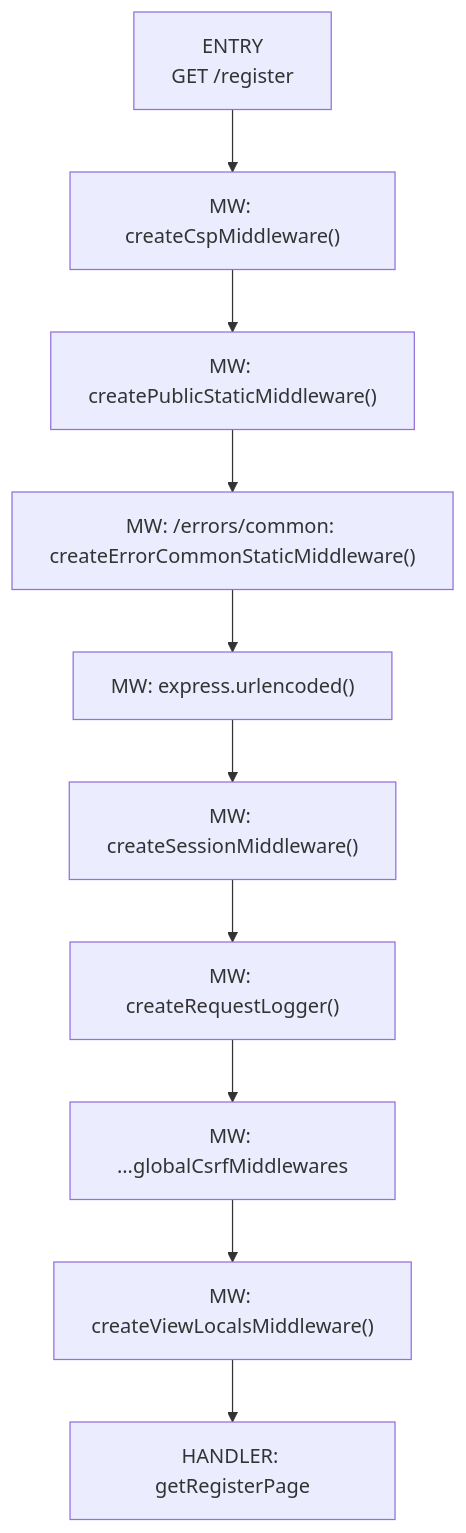
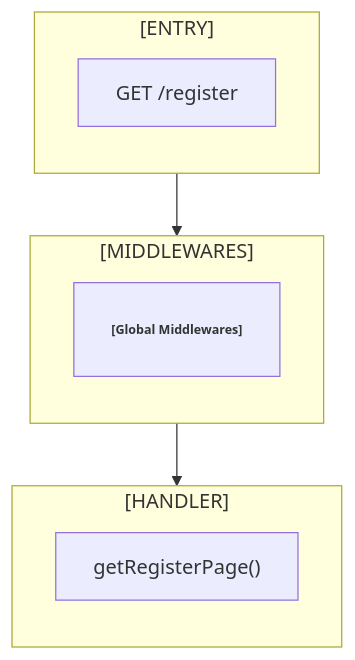
The diagram in docs/flowmap/flows/GET__register.mmd (irondenker/my-code-my-kill), drawn with Mermaid before and after one commit. The commit also changed 93 other files, not shown here.

Commit message:
📚 Docs: Regenerate flowmap artifacts for updated endpoint maps

```diff
--- a/docs/flowmap/flows/GET__register.mmd
+++ b/docs/flowmap/flows/GET__register.mmd
@@ -1,13 +1,20 @@
 flowchart TD
-ENTRY["ENTRY\nGET /register"]
-ENTRY --> MW1["MW: createCspMiddleware()"]
-MW1 --> MW2["MW: createPublicStaticMiddleware()"]
-MW2 --> MW3["MW: /errors/common: createErrorCommonStaticMiddleware()"]
-MW3 --> MW4["MW: express.urlencoded()"]
-MW4 --> MW5["MW: createSessionMiddleware()"]
-MW5 --> MW6["MW: createRequestLogger()"]
-MW6 --> MW7["MW: ...globalCsrfMiddlewares"]
-MW7 --> MW8["MW: createViewLocalsMiddleware()"]
-MW8 --> HANDLER["HANDLER: getRegisterPage"]
+subgraph ENTRY_BLOCK["[ENTRY]"]
+direction TB
+ENTRY["GET /register"]
+end
+subgraph MIDDLEWARES["[MIDDLEWARES]"]
+direction TB
+MIDDLEWARE1["<b>[Global Middlewares]</b>"]
+end
+ENTRY --> MIDDLEWARE1
+subgraph HANDLER_BLOCK["[HANDLER]"]
+direction TB
+HANDLER["getRegisterPage()"]
+end
+MIDDLEWARE1 --> HANDLER
+classDef middleware font-size:10px,padding:2px,stroke-width:1;
+classDef diagnostics stroke-dasharray: 2 2;
 classDef sink stroke-width:2;
 classDef exit stroke-dasharray: 4 2;
+class MIDDLEWARE1 middleware;
```
